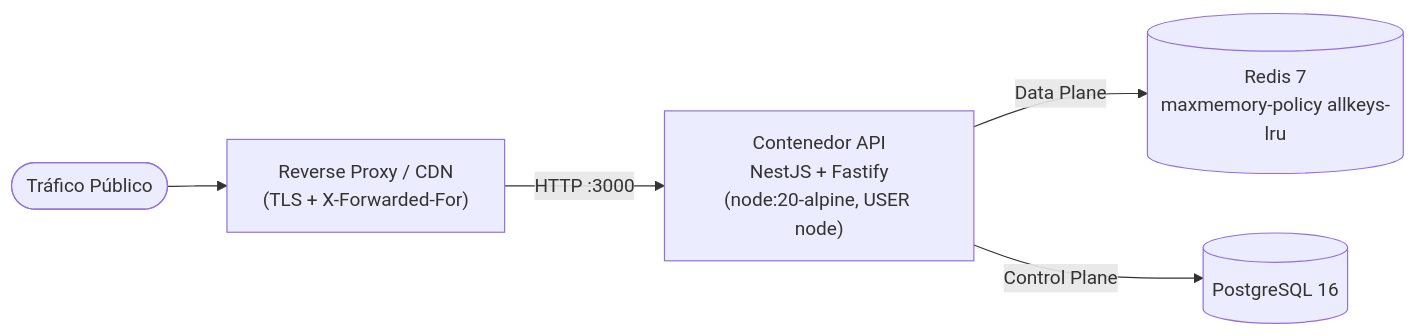
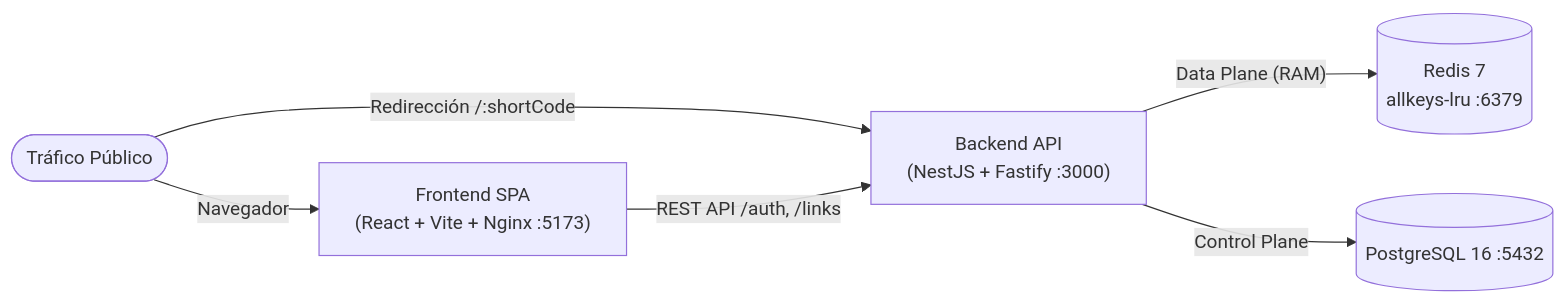
Before and after one commit to kevinPoncema/shorte-link: the diagram in docs/deployment.md, drawn with Mermaid. The commit also changed other lines of this file and 26 other files, not shown here.

````diff
--- a/docs/deployment.md
+++ b/docs/deployment.md
@@ -9,13 +9,14 @@
 ```mermaid
 flowchart LR
   Internet([Tráfico Público])
-  Proxy["Reverse Proxy / CDN\n(TLS + X-Forwarded-For)"]
-  API["Contenedor API\nNestJS + Fastify\n(node:20-alpine, USER node)"]
-  Redis[("Redis 7\nmaxmemory-policy allkeys-lru")]
-  PG[("PostgreSQL 16")]
+  ClientUI["Frontend SPA\n(React + Vite + Nginx :5173)"]
+  API["Backend API\n(NestJS + Fastify :3000)"]
+  Redis[("Redis 7\nallkeys-lru :6379")]
+  PG[("PostgreSQL 16 :5432")]
 
-  Internet --> Proxy
-  Proxy -->|"HTTP :3000"| API
-  API -->|"Data Plane"| Redis
+  Internet -->|"Navegador"| ClientUI
+  Internet -->|"Redirección /:shortCode"| API
+  ClientUI -->|"REST API /auth, /links"| API
+  API -->|"Data Plane (RAM)"| Redis
   API -->|"Control Plane"| PG
 ```
````
